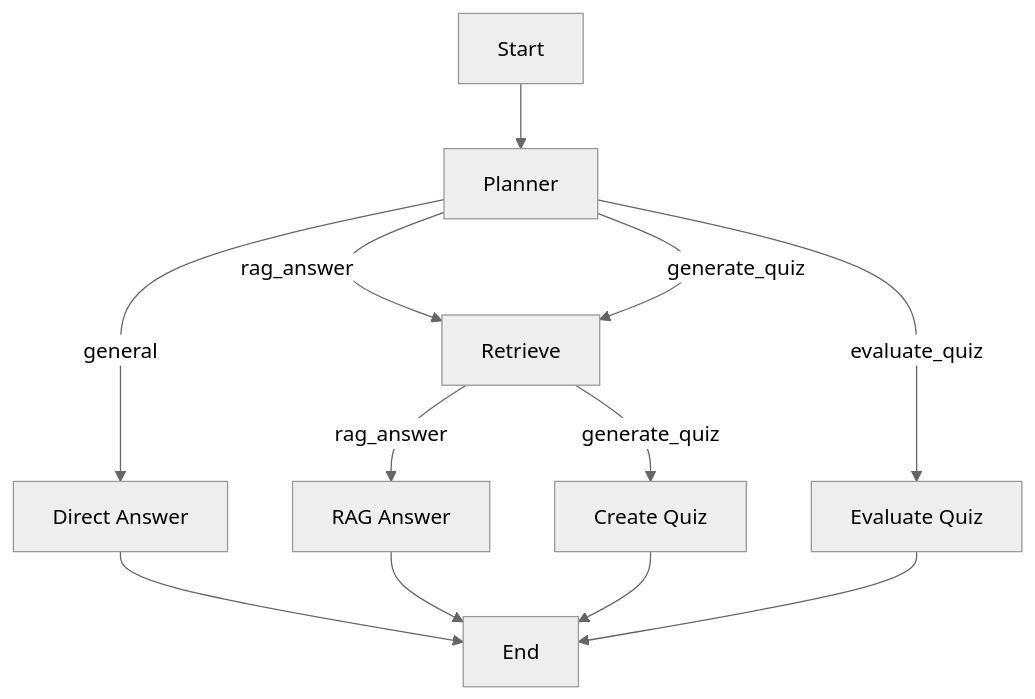
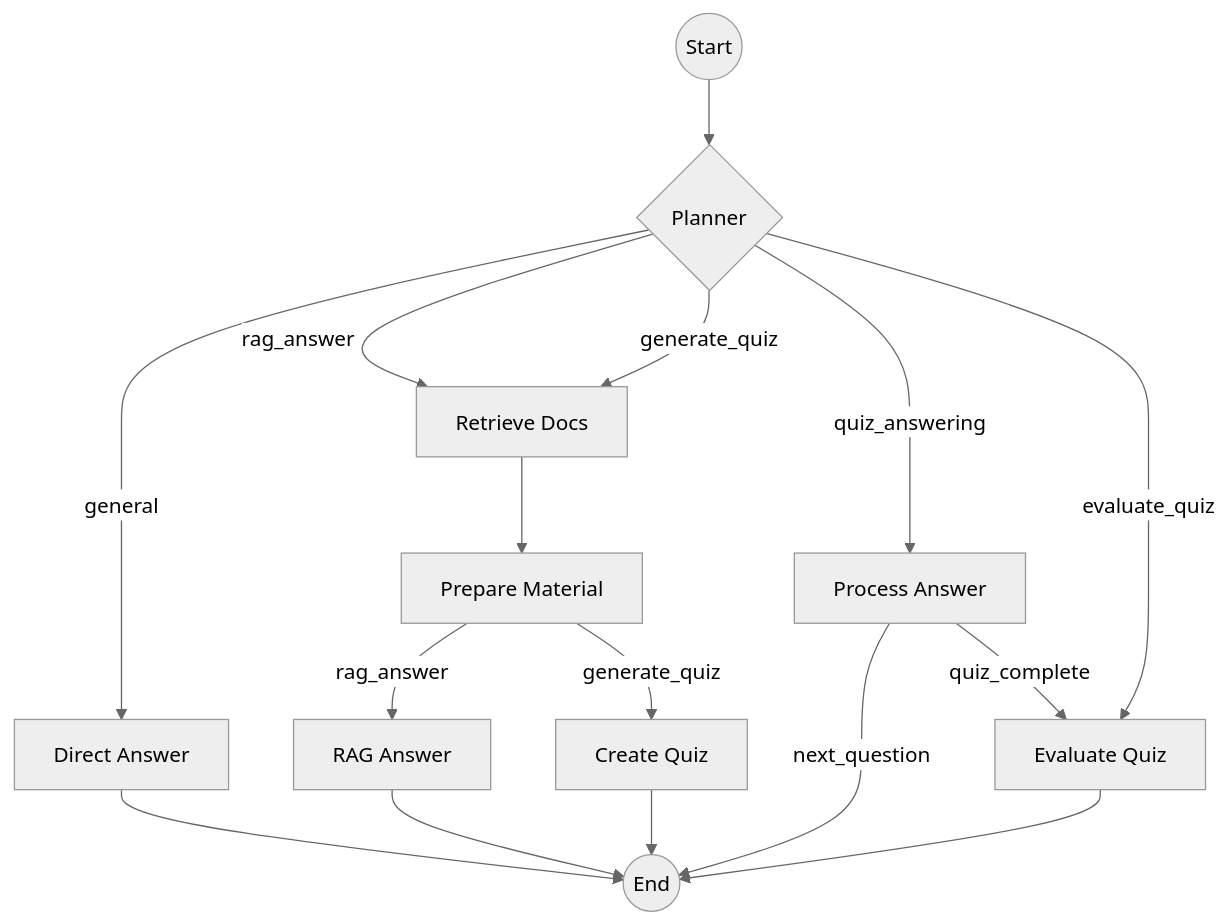
The second of 2 diagrams in docs/agent_documentation.md (Lifelong-Learning-Assisttant/agent_service), drawn with Mermaid (neutral theme) before and after one commit. The commit also changed other lines of this file, not shown here.

Commit message:
docs(agent): обновить документацию до NetRunner Protocol v3.1
- Добавлен узел Prepare Material для унифицированной подготовки контекста.
- Обновлен граф состояний Mermaid и описание логики переходов.
- Добавлены новые CLI команды: /finish_quizz и /skip_question.
- Актуализированы намерения (intents) для работы в режиме квиза.

````diff
--- a/docs/agent_documentation.md
+++ b/docs/agent_documentation.md
@@ -51,14 +53,30 @@
 ```mermaid
 graph TD
-    A[Start] --> B[Planner]
-    B -->|general| C[Direct Answer]
-    B -->|rag_answer| D[Retrieve]
-    B -->|generate_quiz| D[Retrieve]
-    B -->|evaluate_quiz| E[Evaluate Quiz]
-    D -->|rag_answer| F[RAG Answer]
-    D -->|generate_quiz| G[Create Quiz]
-    C --> H[End]
-    F --> H[End]
-    G --> H[End]
-    E --> H[End]
+    Start((Start)) --> Planner{Planner}
+    
+    %% Ветвление на основе интента
+    Planner -->|general| Direct[Direct Answer]
+    Planner -->|rag_answer| Retrieve[Retrieve Docs]
+    Planner -->|generate_quiz| Retrieve
+    
+    %% Если квиз активен, Planner сразу направляет на обработку ответа
+    Planner -->|quiz_answering| Process[Process Answer]
+    Planner -->|evaluate_quiz| Eval[Evaluate Quiz]
+
+    %% Поток подготовки данных
+    Retrieve --> Prepare[Prepare Material]
+    
+    %% Использование подготовленных данных
+    Prepare -->|rag_answer| RAG_Ans[RAG Answer]
+    Prepare -->|generate_quiz| CreateQ[Create Quiz]
+
+    %% Цикл квиза
+    CreateQ --> End((End))
+    Process -->|next_question| End
+    Process -->|quiz_complete| Eval
+    
+    %% Завершение
+    Direct --> End
+    RAG_Ans --> End
+    Eval --> End
 ```
````
